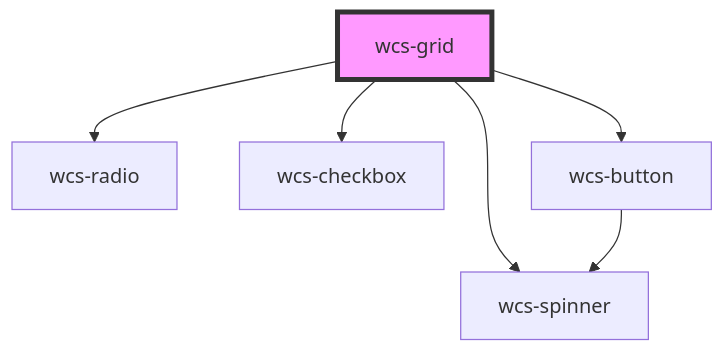
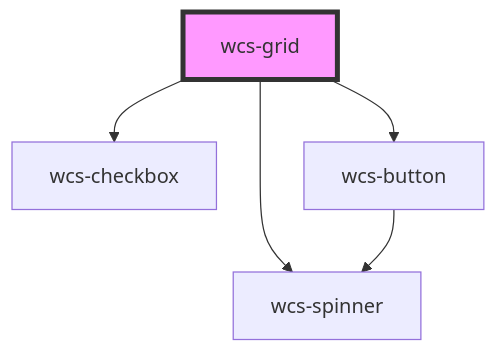
The diagram in src/components/grid/readme.md (SNCFdevelopers/wcs), drawn with Mermaid before and after one commit. The commit also changed other lines of this file and 16 other files, not shown here.

````diff
--- a/src/components/grid/readme.md
+++ b/src/components/grid/readme.md
@@ -52,9 +51,8 @@
 ```mermaid
 graph TD;
-  wcs-grid --> wcs-radio
   wcs-grid --> wcs-checkbox
   wcs-grid --> wcs-spinner
   wcs-grid --> wcs-button
   wcs-button --> wcs-spinner
   style wcs-grid fill:#f9f,stroke:#333,stroke-width:4px
 ```
````
